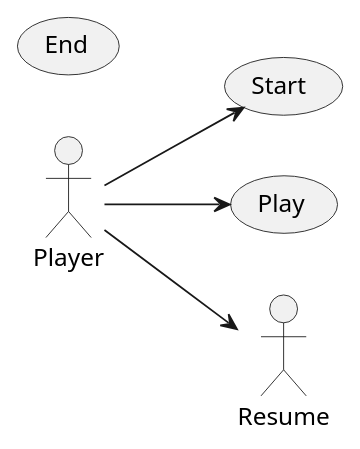
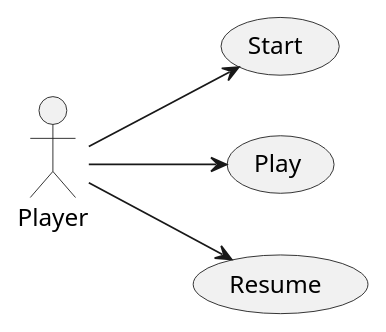
The diagram in docs/diagrams/actorsUseCaseDiagram.plantuml (JotaEme142/ATI-012024), drawn with PlantUML before and after one commit.

```diff
--- a/docs/diagrams/actorsUseCaseDiagram.plantuml
+++ b/docs/diagrams/actorsUseCaseDiagram.plantuml
@@ -1,11 +1,11 @@
 @startuml actorsUseCaseDiagram
 left to right direction
 actor Player
 usecase Start
 usecase Play
-usecase End
+usecase Resume
 
 Player --> Start
 Player --> Play
 Player --> Resume
 @enduml
```
